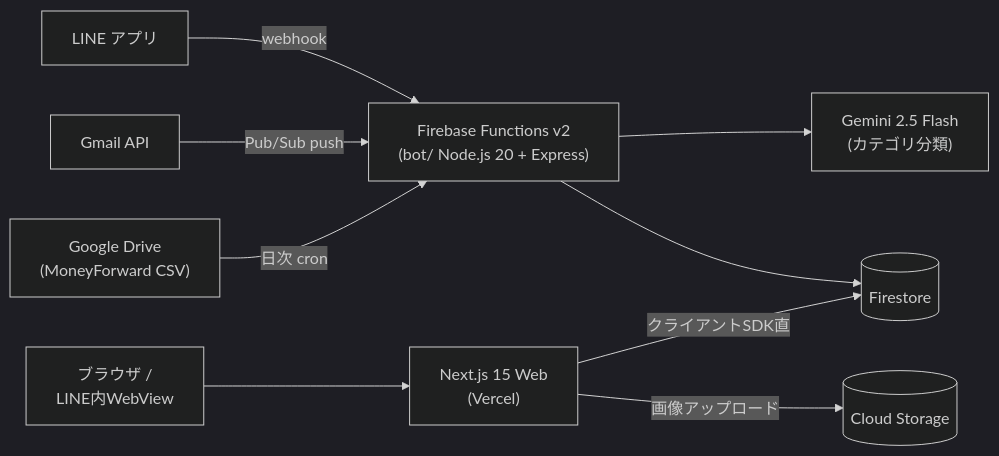
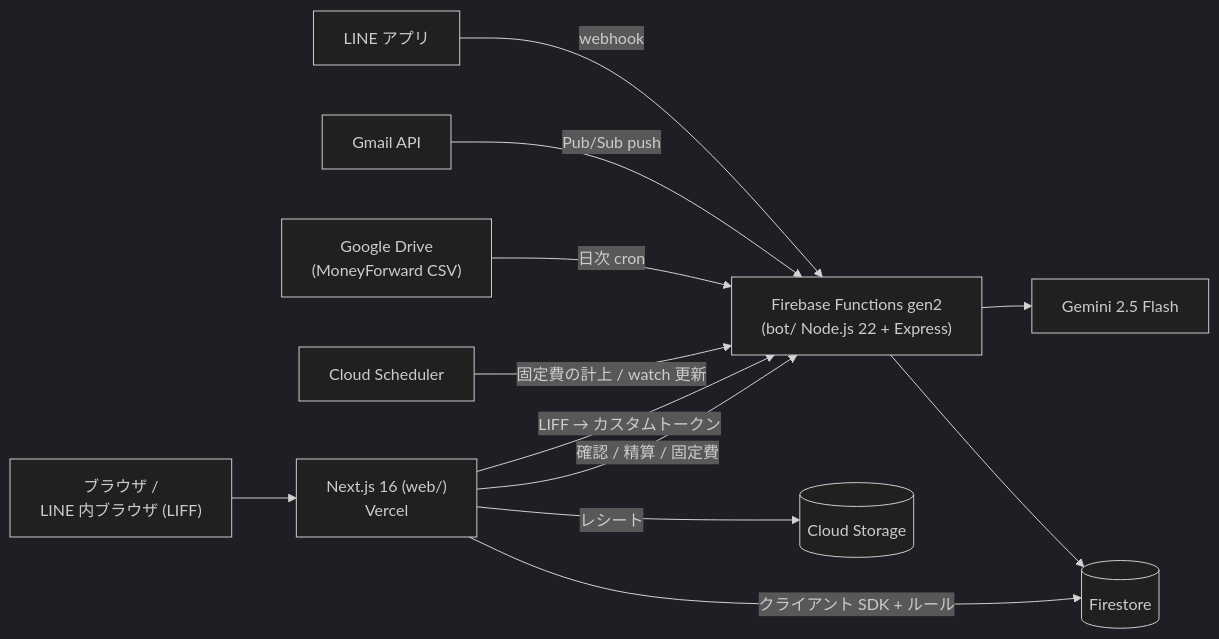
One commit to Makoto041/line-kakeibo changed the diagram in README.md. Above: the diagram before and after it, drawn with Mermaid (dark theme). The commit also changed other lines of this file and 68 other files, not shown here.

````diff
--- a/README.md
+++ b/README.md
@@ -56,11 +56,14 @@
 ```mermaid
 flowchart LR
-    LINE["LINE アプリ"] -->|webhook| Bot["Firebase Functions v2<br/>(bot/ Node.js 20 + Express)"]
+    LINE["LINE アプリ"] -->|webhook| Bot["Firebase Functions gen2<br/>(bot/ Node.js 22 + Express)"]
     Gmail["Gmail API"] -->|Pub/Sub push| Bot
     Drive["Google Drive<br/>(MoneyForward CSV)"] -->|日次 cron| Bot
-    Bot --> Gemini["Gemini 2.5 Flash<br/>(カテゴリ分類)"]
+    Cron["Cloud Scheduler"] -->|固定費の計上 / watch 更新| Bot
+    Bot --> Gemini["Gemini 2.5 Flash"]
     Bot --> FS[("Firestore")]
-    Browser["ブラウザ /<br/>LINE内WebView"] --> Web["Next.js 15 Web<br/>(Vercel)"]
-    Web -->|クライアントSDK直| FS
-    Web -->|画像アップロード| ST[("Cloud Storage")]
+    Browser["ブラウザ /<br/>LINE 内ブラウザ (LIFF)"] --> Web["Next.js 16 (web/)<br/>Vercel"]
+    Web -->|LIFF → カスタムトークン| Bot
+    Web -->|クライアント SDK + ルール| FS
+    Web -->|レシート| ST[("Cloud Storage")]
+    Web -->|確認 / 精算 / 固定費| Bot
 ```
````
